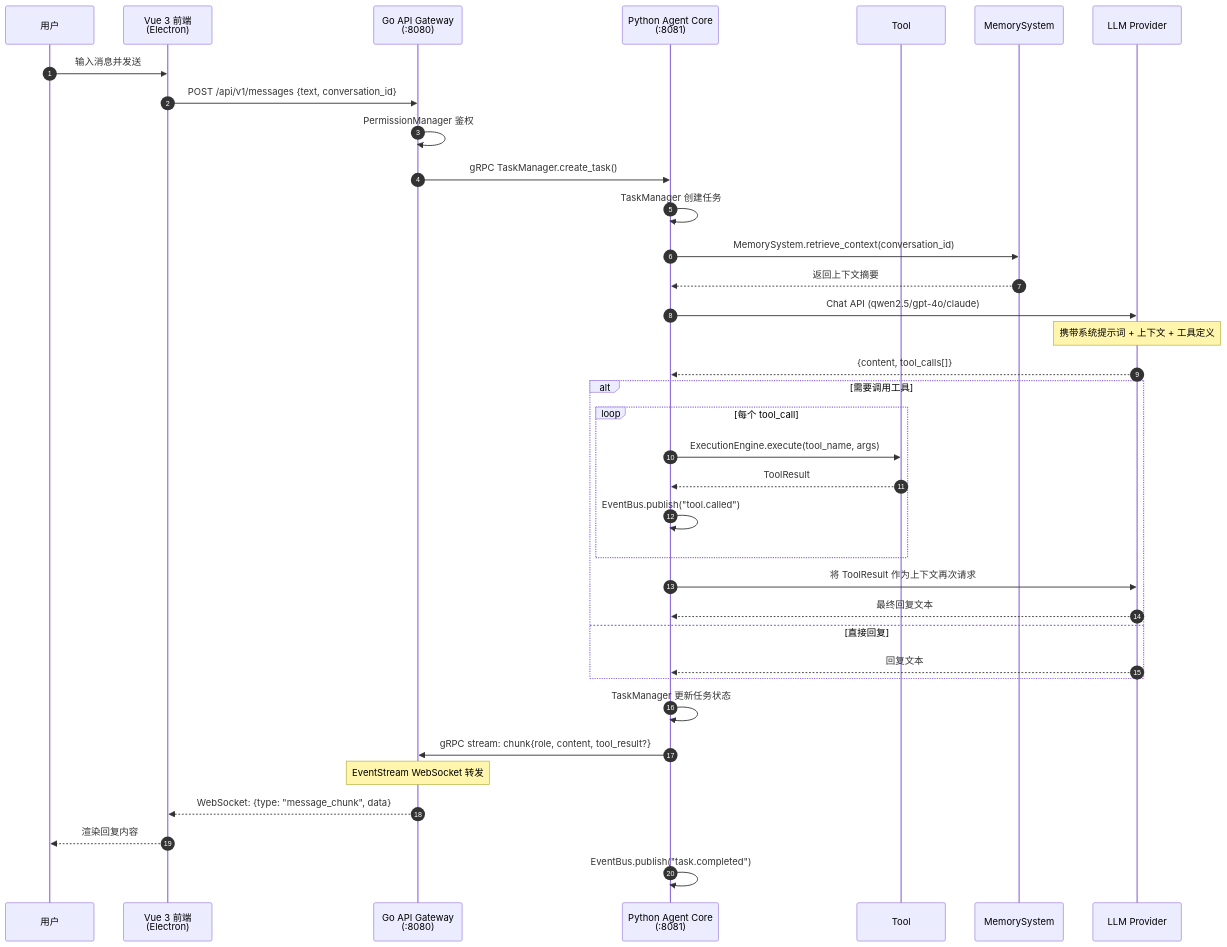
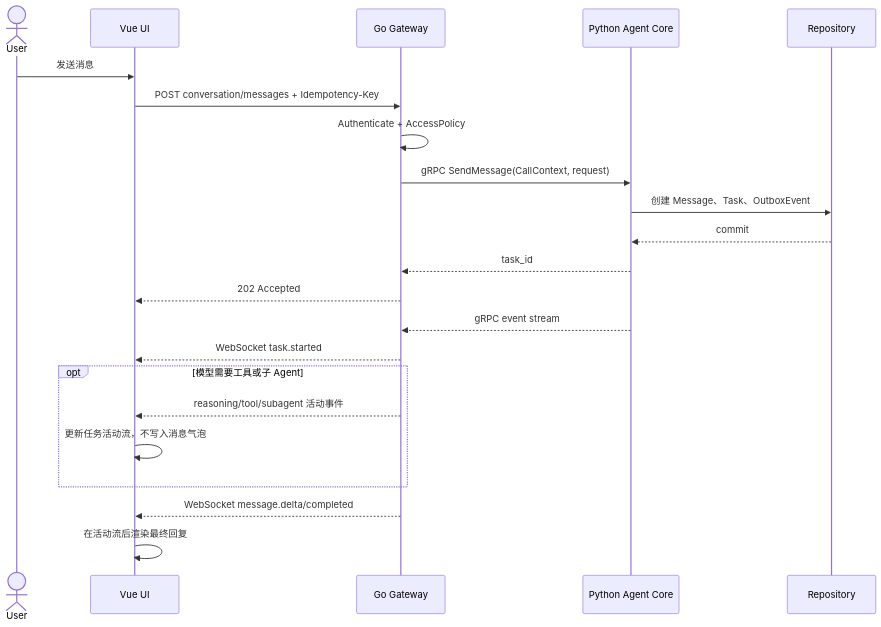
One commit to Mime-AL/MaigoKite changed the first of 9 diagrams in docs/design/Sequence.md. Above: the diagram before and after it, drawn with Mermaid. The commit also changed other lines of this file and 280 other files, not shown here.

````diff
--- a/docs/design/Sequence.md
+++ b/docs/design/Sequence.md
@@ -9,39 +11,25 @@
 ```mermaid
 sequenceDiagram
-    autonumber
-    participant U as 用户
-    participant FE as Vue 3 前端<br/>(Electron)
-    participant GW as Go API Gateway<br/>(:8080)
-    participant PY as Python Agent Core<br/>(:8081)
-    participant TOOL as Tool
-    participant MEM as MemorySystem
-    participant LLM as LLM Provider
+    actor U as User
+    participant UI as Vue UI
+    participant G as Go Gateway
+    participant P as Python Agent Core
+    participant DB as Repository
 
-    U->>FE: 输入消息并发送
-    FE->>GW: POST /api/v1/messages {text, conversation_id}
-    GW->>GW: PermissionManager 鉴权
-    GW->>PY: gRPC TaskManager.create_task()
-    PY->>PY: TaskManager 创建任务
-    PY->>MEM: MemorySystem.retrieve_context(conversation_id)
-    MEM-->>PY: 返回上下文摘要
-    PY->>LLM: Chat API (qwen2.5/gpt-4o/claude)
-    Note over LLM: 携带系统提示词 + 上下文 + 工具定义
-    LLM-->>PY: {content, tool_calls[]}
-    alt 需要调用工具
-        loop 每个 tool_call
-            PY->>TOOL: ExecutionEngine.execute(tool_name, args)
-            TOOL-->>PY: ToolResult
-            PY->>PY: EventBus.publish("tool.called")
-        end
-        PY->>LLM: 将 ToolResult 作为上下文再次请求
-        LLM-->>PY: 最终回复文本
-    else 直接回复
-        LLM-->>PY: 回复文本
+    U->>UI: 发送消息
+    UI->>G: POST conversation/messages + Idempotency-Key
+    G->>G: Authenticate + AccessPolicy
+    G->>P: gRPC SendMessage(CallContext, request)
+    P->>DB: 创建 Message、Task、OutboxEvent
+    DB-->>P: commit
+    P-->>G: task_id
+    G-->>UI: 202 Accepted
+    P-->>G: gRPC event stream
+    G-->>UI: WebSocket task.started
+    opt 模型需要工具或子 Agent
+        G-->>UI: reasoning/tool/subagent 活动事件
+        UI->>UI: 更新任务活动流，不写入消息气泡
     end
-    PY->>PY: TaskManager 更新任务状态
-    PY->>GW: gRPC stream: chunk{role, content, tool_result?}
-    Note over GW: EventStream WebSocket 转发
-    GW-->>FE: WebSocket: {type: "message_chunk", data}
-    FE-->>U: 渲染回复内容
-    PY->>PY: EventBus.publish("task.completed")
+    G-->>UI: WebSocket message.delta/completed
+    UI->>UI: 在活动流后渲染最终回复
 ```
````
